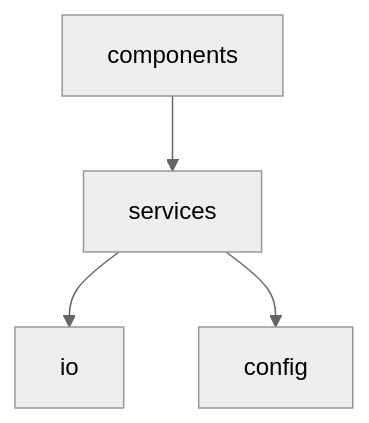
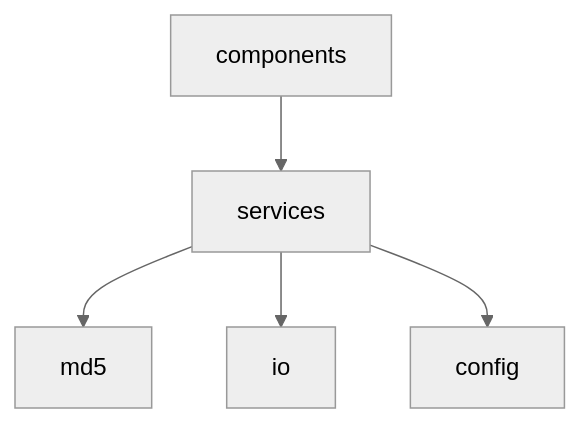
The fifth of 6 diagrams in README.md (mattriley/node-module-composer), drawn with Mermaid (neutral theme) before and after one commit. The commit also changed other lines of this file and 6 other files, not shown here.

````diff
--- a/README.md
+++ b/README.md
@@ -412,6 +414,7 @@
 ```mermaid
 graph TD;
     components-->services;
+    services-->md5;
     services-->io;
     services-->config;
 ```
````
